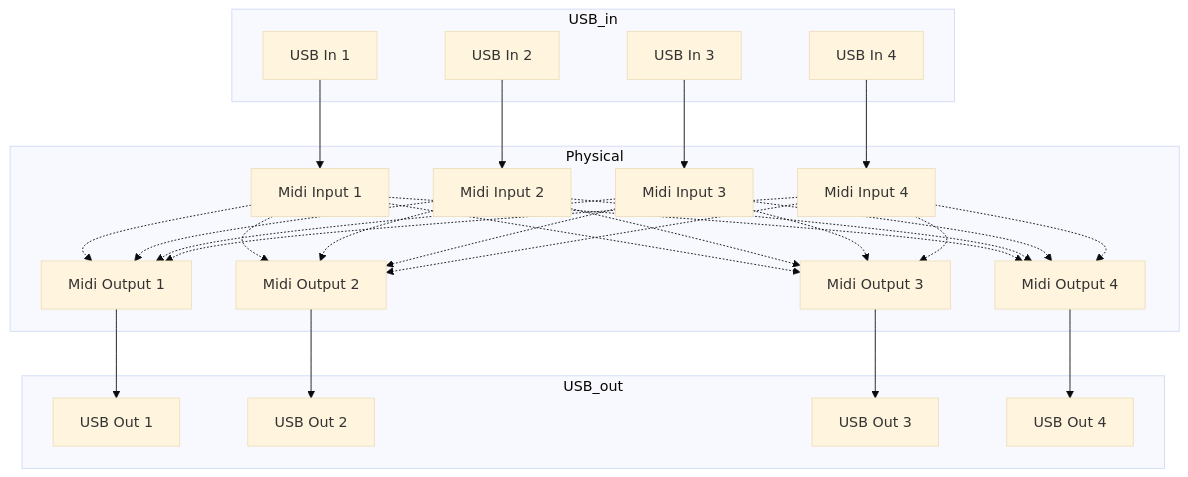
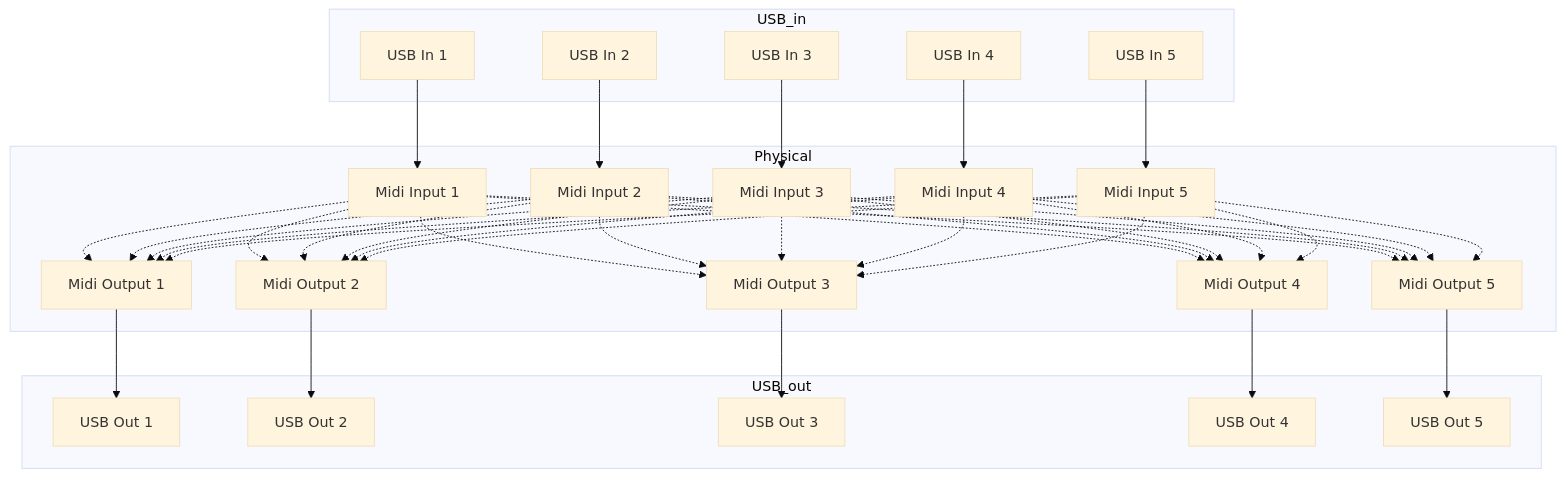
Before and after one commit to bjonnh/dinoctopus: the diagram in web/content/_index.md, drawn with Mermaid (base theme). The commit also changed other lines of this file and 14 other files, not shown here.

```diff
--- a/web/content/_index.md
+++ b/web/content/_index.md
@@ -30,34 +27,45 @@
 {{< mermaid >}}
 flowchart TB
 subgraph Physical
 MIDI_1_IN[Midi Input 1] -.-> MIDI_1_OUT[Midi Output 1]
 MIDI_1_IN[Midi Input 1] -.-> MIDI_2_OUT[Midi Output 2]
 MIDI_1_IN[Midi Input 1] -.-> MIDI_3_OUT[Midi Output 3]
 MIDI_1_IN[Midi Input 1] -.-> MIDI_4_OUT[Midi Output 4]
+MIDI_1_IN[Midi Input 1] -.-> MIDI_5_OUT[Midi Output 5]
 MIDI_2_IN[Midi Input 2] -.-> MIDI_1_OUT[Midi Output 1]
 MIDI_2_IN[Midi Input 2] -.-> MIDI_2_OUT[Midi Output 2]
 MIDI_2_IN[Midi Input 2] -.-> MIDI_3_OUT[Midi Output 3]
 MIDI_2_IN[Midi Input 2] -.-> MIDI_4_OUT[Midi Output 4]
+MIDI_2_IN[Midi Input 2] -.-> MIDI_5_OUT[Midi Output 5]
 MIDI_3_IN[Midi Input 3] -.-> MIDI_1_OUT[Midi Output 1]
 MIDI_3_IN[Midi Input 3] -.-> MIDI_2_OUT[Midi Output 2]
 MIDI_3_IN[Midi Input 3] -.-> MIDI_3_OUT[Midi Output 3]
 MIDI_3_IN[Midi Input 3] -.-> MIDI_4_OUT[Midi Output 4]
+MIDI_3_IN[Midi Input 3] -.-> MIDI_5_OUT[Midi Output 5]
 MIDI_4_IN[Midi Input 4] -.-> MIDI_1_OUT[Midi Output 1]
 MIDI_4_IN[Midi Input 4] -.-> MIDI_2_OUT[Midi Output 2]
 MIDI_4_IN[Midi Input 4] -.-> MIDI_3_OUT[Midi Output 3]
 MIDI_4_IN[Midi Input 4] -.-> MIDI_4_OUT[Midi Output 4]
+MIDI_4_IN[Midi Input 4] -.-> MIDI_5_OUT[Midi Output 5]
+MIDI_5_IN[Midi Input 5] -.-> MIDI_1_OUT[Midi Output 1]
+MIDI_5_IN[Midi Input 5] -.-> MIDI_2_OUT[Midi Output 2]
+MIDI_5_IN[Midi Input 5] -.-> MIDI_3_OUT[Midi Output 3]
+MIDI_5_IN[Midi Input 5] -.-> MIDI_4_OUT[Midi Output 4]
+MIDI_5_IN[Midi Input 5] -.-> MIDI_5_OUT[Midi Output 5]
 end
 subgraph USB_in
 USB_1_IN[USB In 1] --> MIDI_1_IN[Midi Input 1]
 USB_2_IN[USB In 2] --> MIDI_2_IN[Midi Input 2]
 USB_3_IN[USB In 3] --> MIDI_3_IN[Midi Input 3]
-USB_4_IN[USB In 4] --> MIDI_4_IN[Midi Input 4] 
+USB_4_IN[USB In 4] --> MIDI_4_IN[Midi Input 4]
+USB_5_IN[USB In 5] --> MIDI_5_IN[Midi Input 5]
 end
 subgraph USB_out
 MIDI_1_OUT[Midi Output 1] --> USB_1_OUT[USB Out 1]
 MIDI_2_OUT[Midi Output 2] --> USB_2_OUT[USB Out 2]
 MIDI_3_OUT[Midi Output 3] --> USB_3_OUT[USB Out 3]
 MIDI_4_OUT[Midi Output 4] --> USB_4_OUT[USB Out 4]
+MIDI_5_OUT[Midi Output 5] --> USB_5_OUT[USB Out 5]
 end
 
 {{< /mermaid >}}
```
